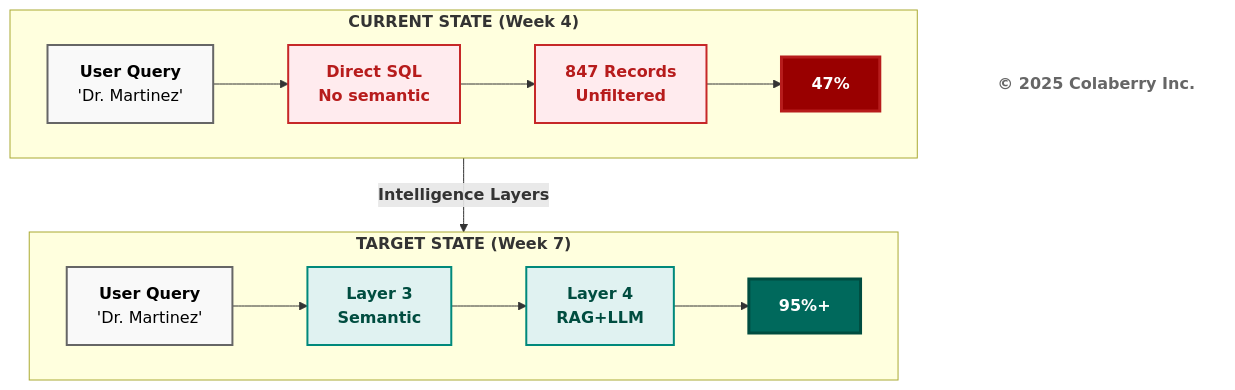
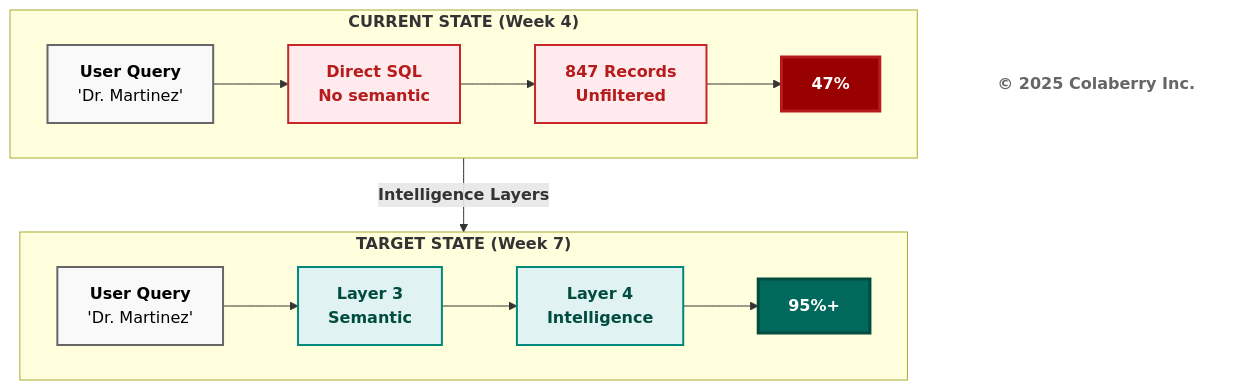
Before and after one commit to colaberry/trust-before-intelligence-book: the fourth of 13 diagrams in manuscript/06_chapter_5_intelligence_layers_v2_3.md, drawn with Mermaid. The commit also changed other lines of this file, not shown here.

First line of the commit message:
Fixing diagrams

````diff
--- a/manuscript/06_chapter_5_intelligence_layers_v2_3.md
+++ b/manuscript/06_chapter_5_intelligence_layers_v2_3.md
@@ -260,27 +260,27 @@
 ```mermaid
 graph TB
     subgraph CURRENT["<b>CURRENT STATE (Week 4)</b>"]
         direction LR
         C_Q["<b>User Query</b><br/>'Dr. Martinez'"] --> C_SQL["<b>Direct SQL</b><br/><b>No semantic</b>"] --> C_RES["<b>847 Records</b><br/><b>Unfiltered</b>"] --> C_FAIL["<b>47%</b>"]
     end
     
     CURRENT -->|<b>Intelligence Layers</b>| TARGET
     
     subgraph TARGET["<b>TARGET STATE (Week 7)</b>"]
         direction LR
-        T_Q["<b>User Query</b><br/>'Dr. Martinez'"] --> T_SEM["<b>Layer 3</b><br/><b>Semantic</b>"] --> T_RAG["<b>Layer 4</b><br/><b>RAG+LLM</b>"] --> T_WIN["<b>95%+</b>"]
+        T_Q["<b>User Query</b><br/>'Dr. Martinez'"] --> T_SEM["<b>Layer 3</b><br/><b>Semantic</b>"] --> T_RAG["<b>Layer 4</b><br/><b>Intelligence</b>"] --> T_WIN["<b>95%+</b>"]
     end
     
     Copyright["<b>© 2025 Colaberry Inc.</b>"]
     
     style C_Q fill:#f9f9f9,stroke:#666666,stroke-width:2px,color:#000000
     style C_SQL fill:#ffebee,stroke:#c62828,stroke-width:2px,color:#b71c1c
     style C_RES fill:#ffebee,stroke:#c62828,stroke-width:2px,color:#b71c1c
     style C_FAIL fill:#990000,color:#ffffff,stroke:#b71c1c,stroke-width:3px
     
     style T_Q fill:#f9f9f9,stroke:#666666,stroke-width:2px,color:#000000
     style T_SEM fill:#e0f2f1,stroke:#00897b,stroke-width:2px,color:#004d40
     style T_RAG fill:#e0f2f1,stroke:#00897b,stroke-width:2px,color:#004d40
     style T_WIN fill:#00695c,color:#ffffff,stroke:#004d40,stroke-width:3px
     style Copyright fill:#ffffff,stroke:none,color:#666666
 ```
````
